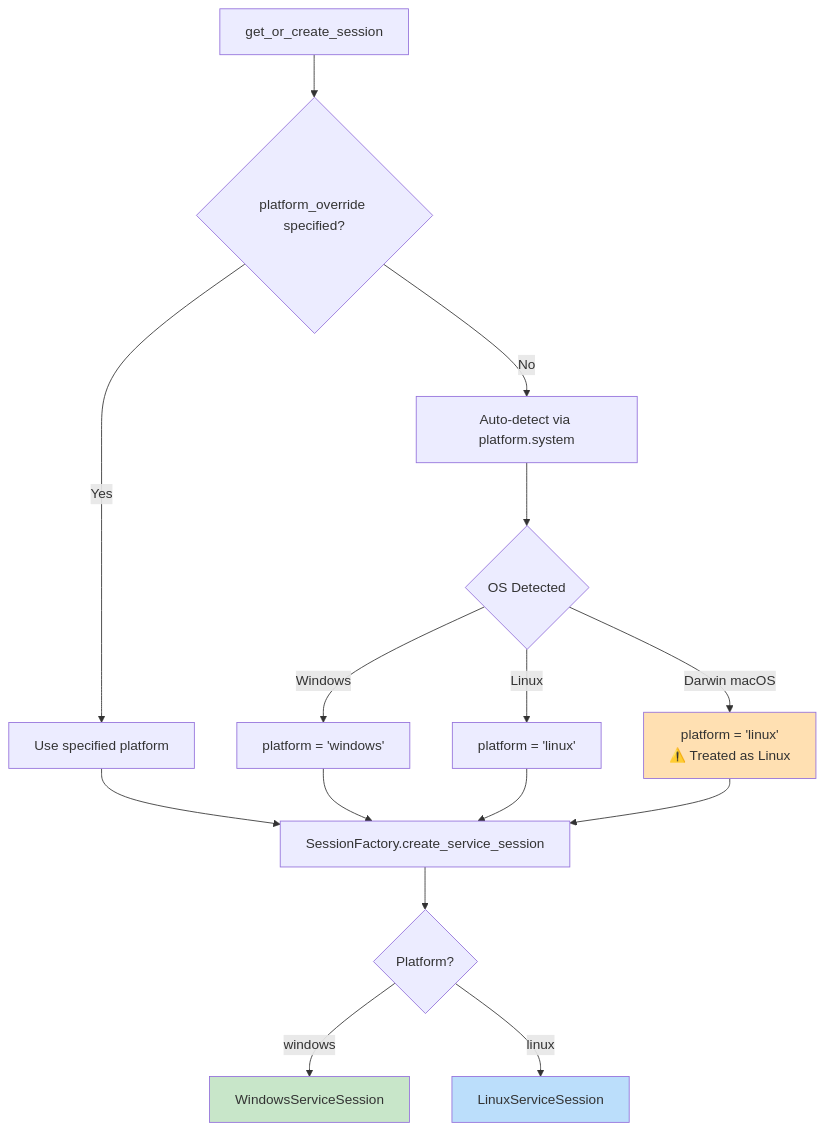
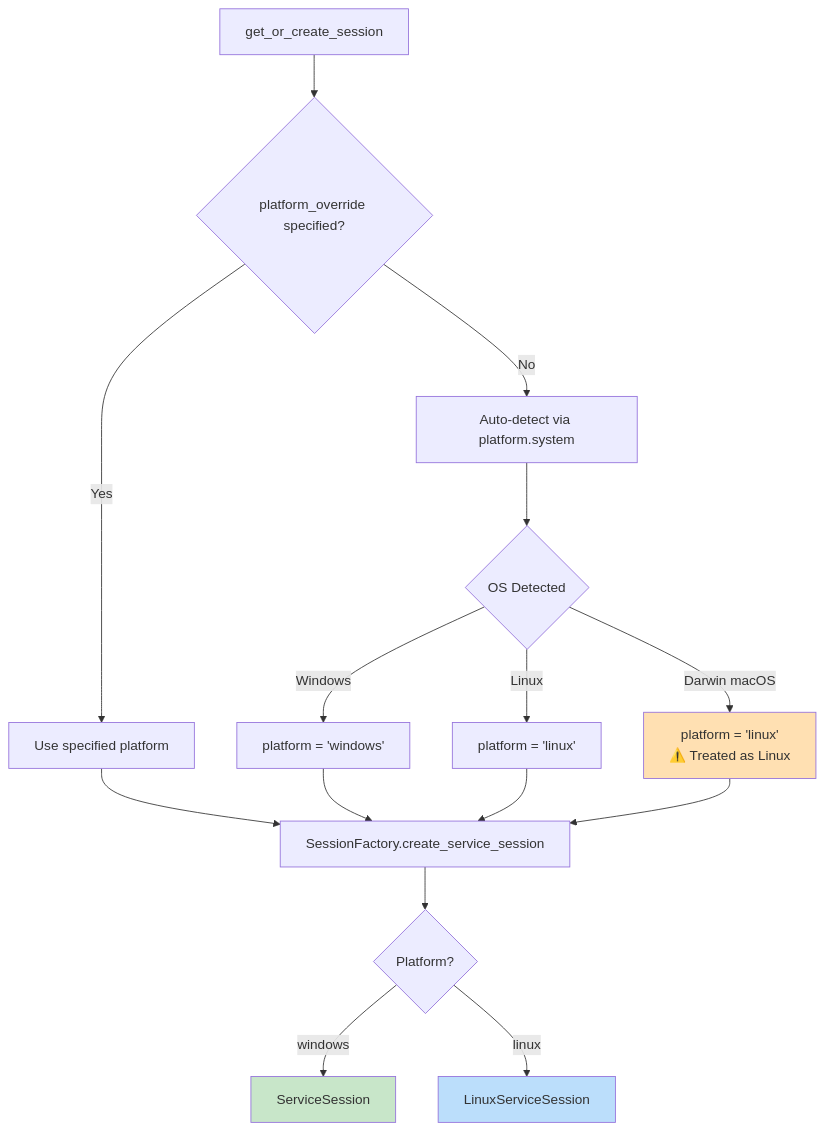
The sixth of 7 diagrams in documents/docs/server/session_manager.md (microsoft/UFO), drawn with Mermaid before and after one commit. The commit also changed other lines of this file and 27 other files, not shown here.

````diff
--- a/documents/docs/server/session_manager.md
+++ b/documents/docs/server/session_manager.md
@@ -680,23 +687,23 @@
 ```mermaid
 graph TD
     A[get_or_create_session] --> B{platform_override specified?}
     B -->|Yes| C[Use specified platform]
     B -->|No| D[Auto-detect via platform.system]
     D --> E{OS Detected}
     E -->|"Windows"| F[platform = 'windows']
     E -->|"Linux"| G[platform = 'linux']
     E -->|"Darwin" macOS| H[platform = 'linux'<br/>⚠️ Treated as Linux]
     
     C --> I[SessionFactory.create_service_session]
     F --> I
     G --> I
     H --> I
     
     I --> J{Platform?}
-    J -->|windows| K[WindowsServiceSession]
+    J -->|windows| K[ServiceSession]
     J -->|linux| L[LinuxServiceSession]
     
     style H fill:#ffe0b2
     style K fill:#c8e6c9
     style L fill:#bbdefb
 ```
````
